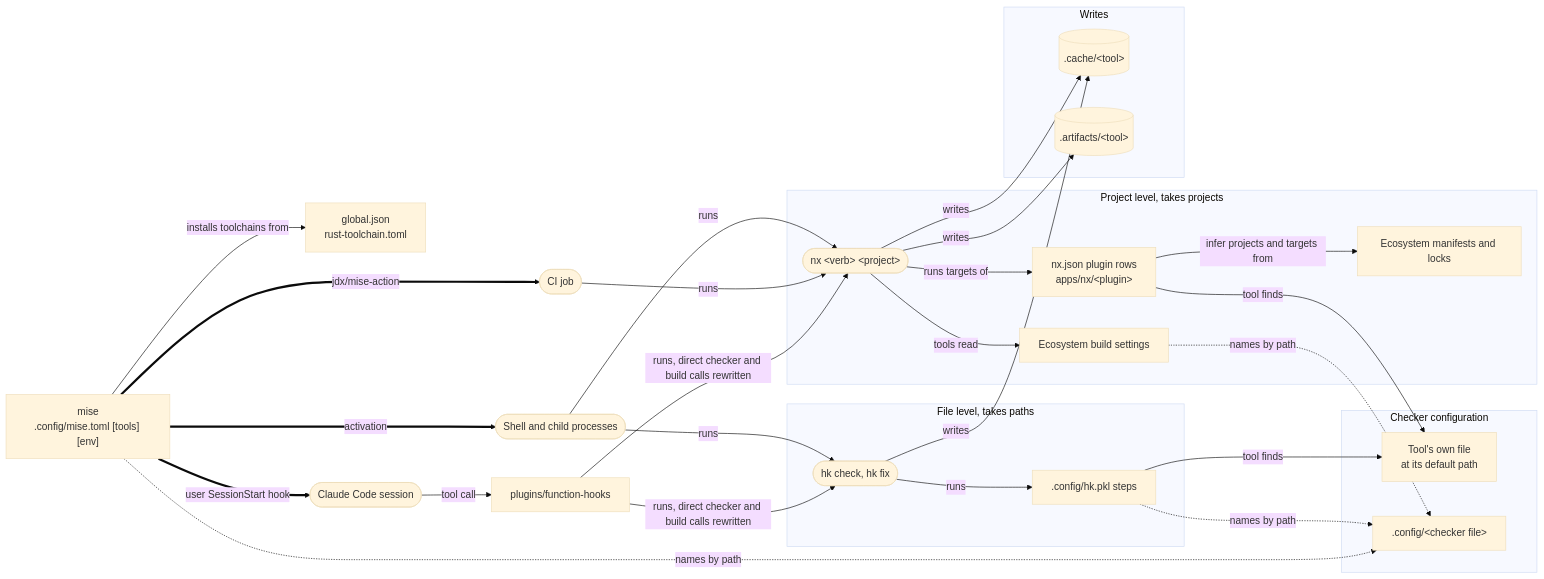
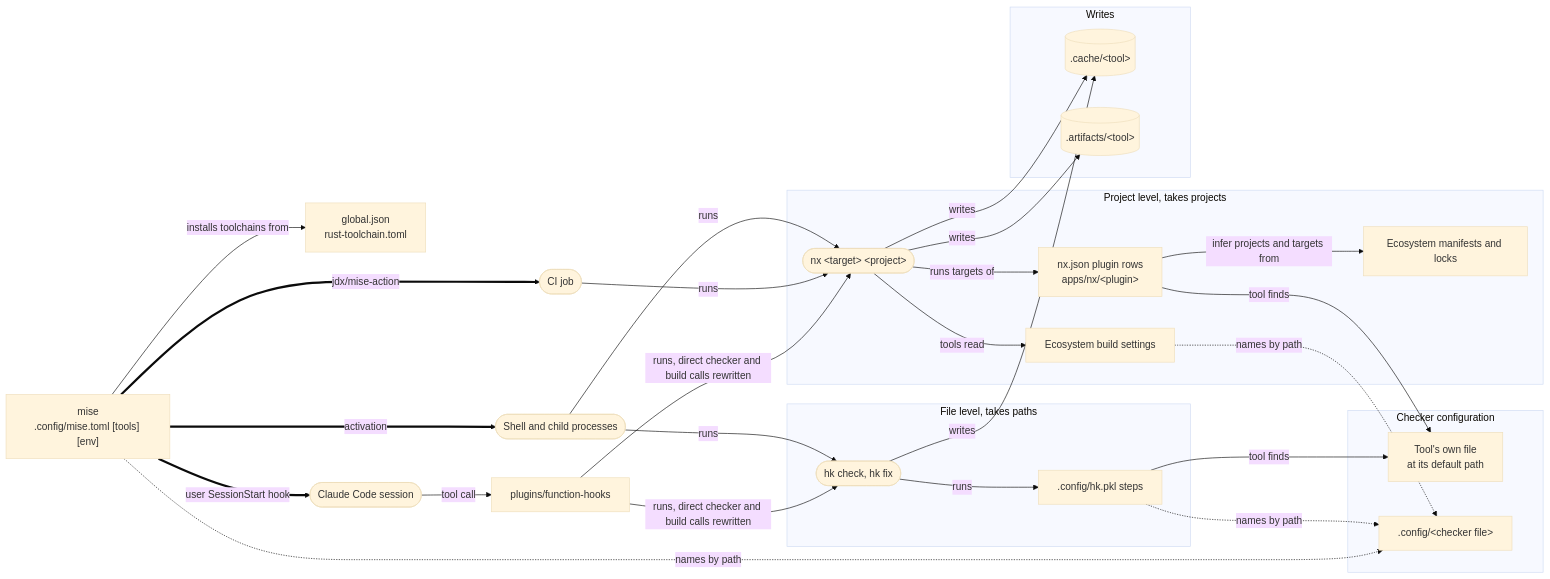
One commit to bsamiee/Rasm changed the diagram in README.md. Above: the diagram before and after it, drawn with Mermaid (base theme). The commit also changed other lines of this file and 257 other files, not shown here.

````diff
--- a/README.md
+++ b/README.md
@@ -65,48 +82,48 @@
 ```mermaid
 flowchart LR
     versions["global.json<br/>rust-toolchain.toml"]
     mise["mise<br/>.config/mise.toml [tools] [env]"]
     shell(["Shell and child processes"])
     claude(["Claude Code session"])
     ci(["CI job"])
     hooks["plugins/function-hooks"]
 
     subgraph file["File level, takes paths"]
         hk(["hk check, hk fix"])
         steps[".config/hk.pkl steps"]
     end
 
     subgraph project["Project level, takes projects"]
-        nx(["nx #lt;verb#gt; #lt;project#gt;"])
+        nx(["nx #lt;target#gt; #lt;project#gt;"])
         plugins["nx.json plugin rows<br/>apps/nx/#lt;plugin#gt;"]
         manifests["Ecosystem manifests and locks"]
         build["Ecosystem build settings"]
     end
 
     subgraph config["Checker configuration"]
         found["Tool's own file<br/>at its default path"]
         named[".config/#lt;checker file#gt;"]
     end
 
     subgraph writes["Writes"]
         cache[(".cache/#lt;tool#gt;")]
         artifacts[(".artifacts/#lt;tool#gt;")]
     end
 
     mise -->|installs toolchains from| versions
     mise ==>|activation| shell
     mise ==>|user SessionStart hook| claude
     mise ==>|jdx/mise-action| ci
     shell -->|runs| hk & nx
     ci -->|runs| nx
     claude -->|tool call| hooks
     hooks -->|runs, direct checker and build calls rewritten| hk & nx
     hk -->|runs| steps
     nx -->|runs targets of| plugins
     plugins -->|infer projects and targets from| manifests
     nx -->|tools read| build
     steps & plugins -->|tool finds| found
     steps & build & mise -.->|names by path| named
     hk -->|writes| cache
     nx -->|writes| cache & artifacts
 ```
````
